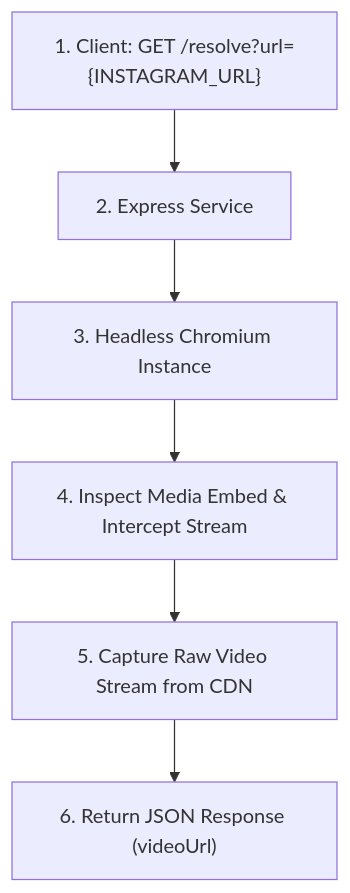
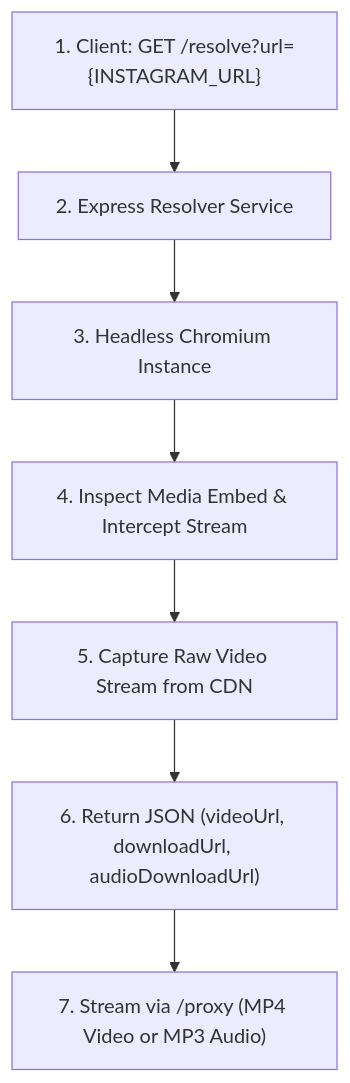
One commit to drkvenom786/instagram-render-resolver changed the diagram in README.md. Above: the diagram before and after it, drawn with Mermaid. The commit also changed other lines of this file and 1 other file, not shown here.

Commit message:
feat: full standalone API with downloadUrl, audioDownloadUrl, and proxy streaming

````diff
--- a/README.md
+++ b/README.md
@@ -18,8 +20,9 @@
 ```mermaid
 flowchart TD
-    Req["1. Client: GET /resolve?url={INSTAGRAM_URL}"] --> API["2. Express Service"]
+    Req["1. Client: GET /resolve?url={INSTAGRAM_URL}"] --> API["2. Express Resolver Service"]
     API --> Browser["3. Headless Chromium Instance"]
     Browser --> Intercept["4. Inspect Media Embed & Intercept Stream"]
     Intercept --> CDN["5. Capture Raw Video Stream from CDN"]
-    CDN --> Resp["6. Return JSON Response (videoUrl)"]
+    CDN --> Resp["6. Return JSON (videoUrl, downloadUrl, audioDownloadUrl)"]
+    Resp --> Proxy["7. Stream via /proxy (MP4 Video or MP3 Audio)"]
 ```
````
